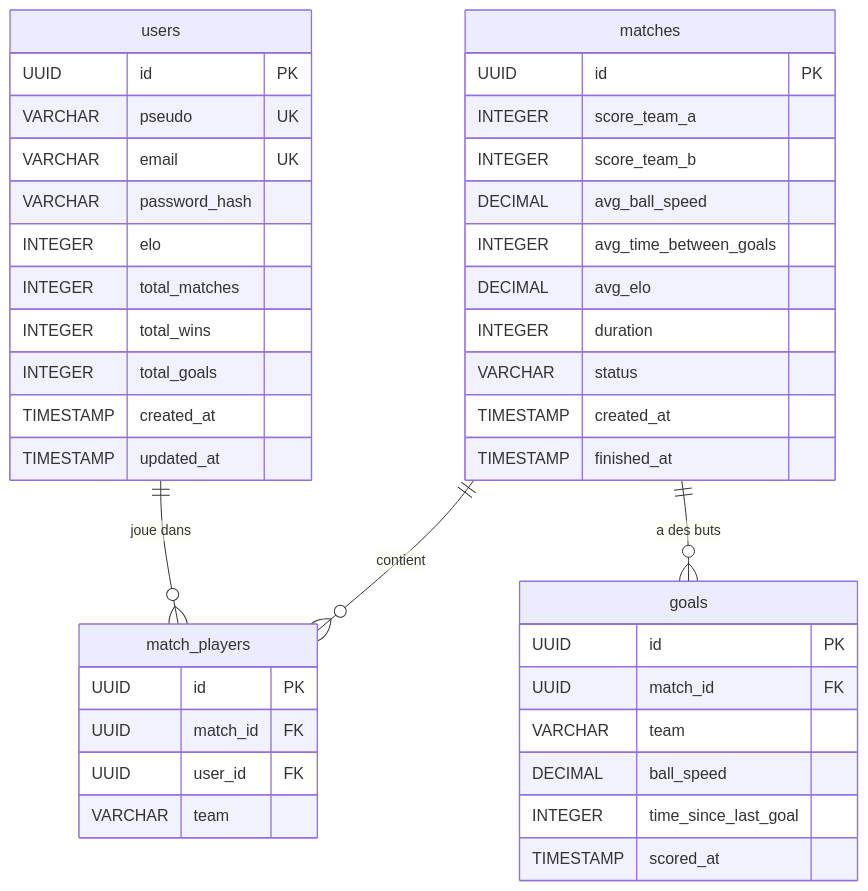
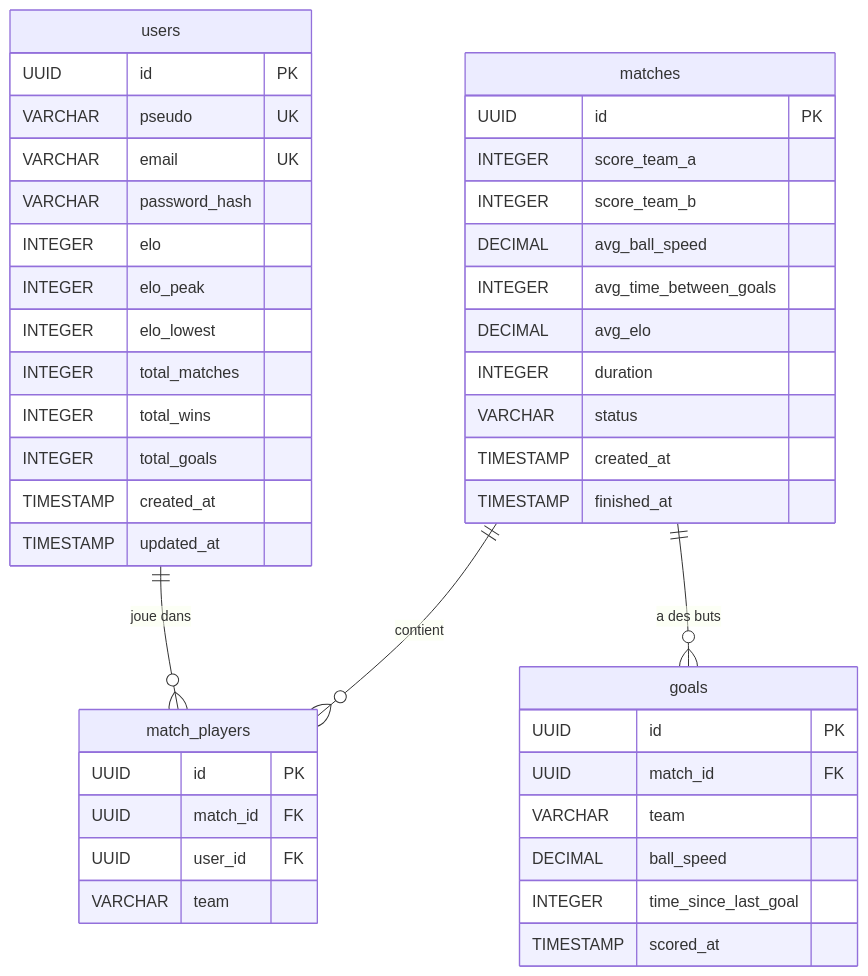
Before and after one commit to SemiSteria/BeeFootFlow_Back: the diagram in database/schema.md, drawn with Mermaid. The commit also changed 2 other files, not shown here.

Commit message:
feat: ajout pic et lot MMR dans users

````diff
--- a/database/schema.md
+++ b/database/schema.md
@@ -3,48 +3,50 @@
 ```mermaid
 erDiagram
     users {
         UUID id PK
         VARCHAR pseudo UK
         VARCHAR email UK
         VARCHAR password_hash
         INTEGER elo
+        INTEGER elo_peak
+        INTEGER elo_lowest
         INTEGER total_matches
         INTEGER total_wins
         INTEGER total_goals
         TIMESTAMP created_at
         TIMESTAMP updated_at
     }
 
     matches {
         UUID id PK
         INTEGER score_team_a
         INTEGER score_team_b
         DECIMAL avg_ball_speed
         INTEGER avg_time_between_goals
         DECIMAL avg_elo
         INTEGER duration
         VARCHAR status
         TIMESTAMP created_at
         TIMESTAMP finished_at
     }
 
     match_players {
         UUID id PK
         UUID match_id FK
         UUID user_id FK
         VARCHAR team
     }
 
     goals {
         UUID id PK
         UUID match_id FK
         VARCHAR team
         DECIMAL ball_speed
         INTEGER time_since_last_goal
         TIMESTAMP scored_at
     }
 
     users ||--o{ match_players : "joue dans"
     matches ||--o{ match_players : "contient"
     matches ||--o{ goals : "a des buts"
 ```
````
